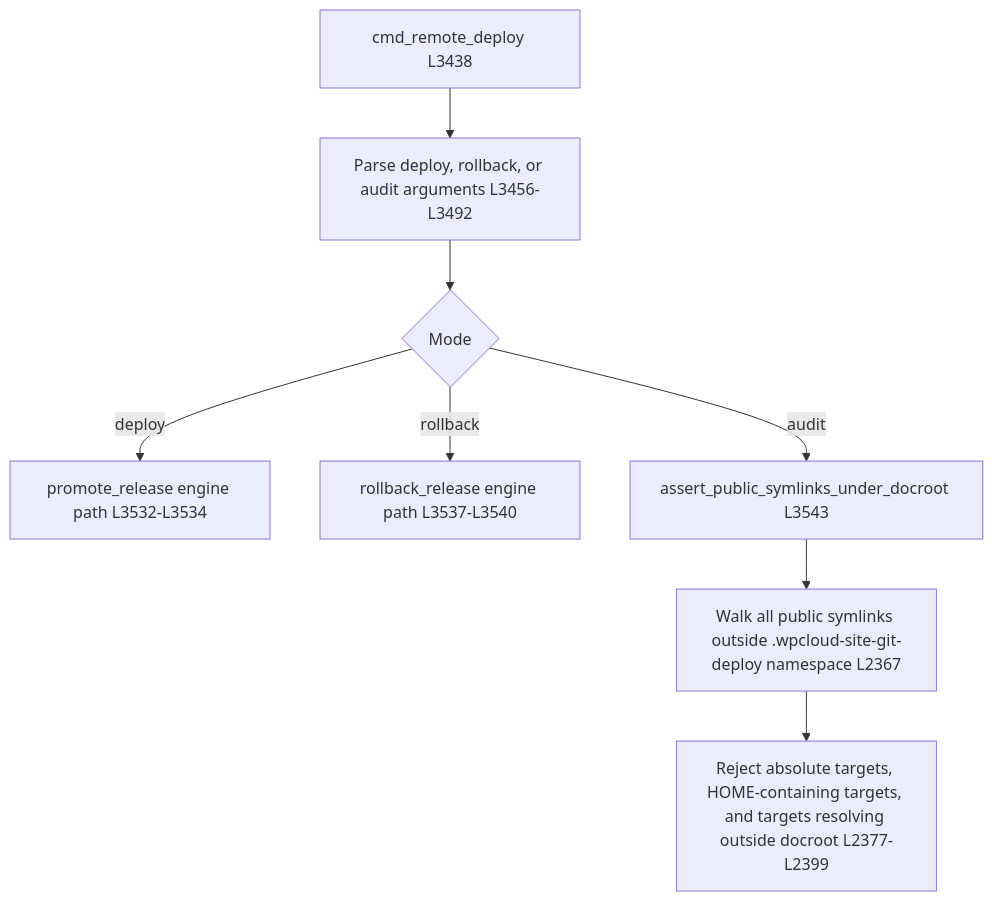
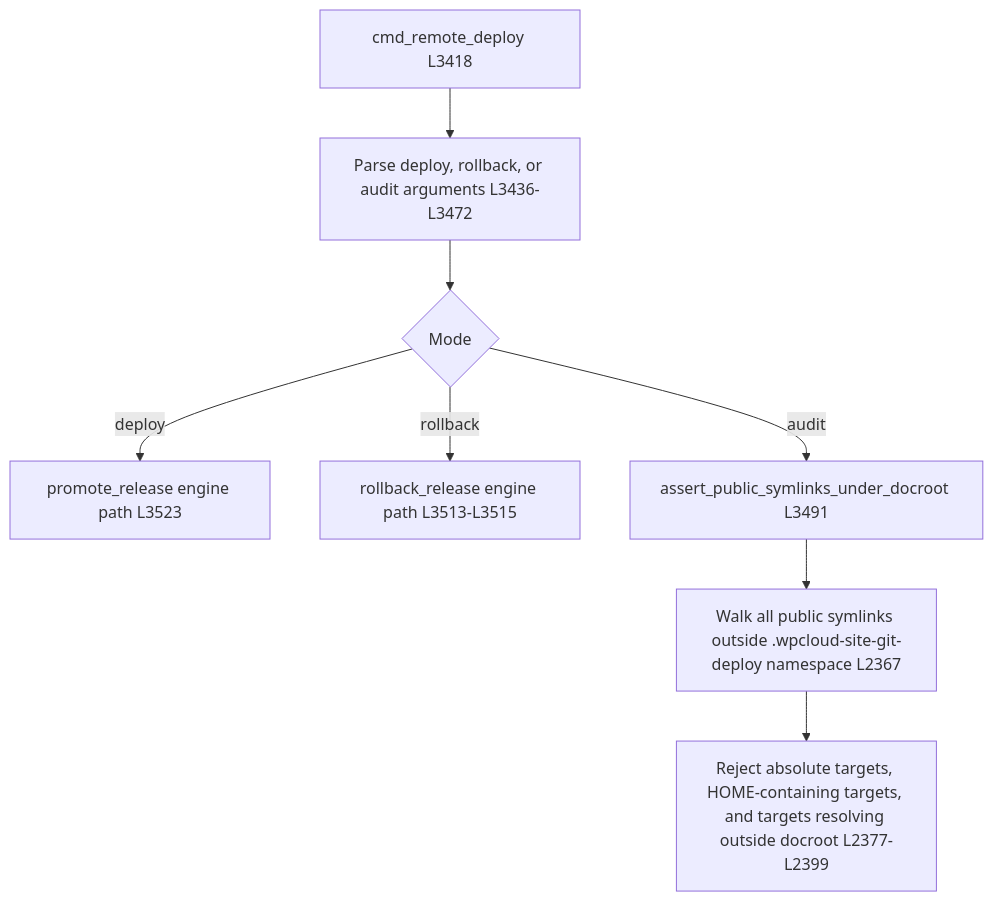
One commit to aipokalyptik/wpcloud-site-git-deploy changed diagram 13 of 13 in docs/code-flow.md. Above: the diagram before and after it, drawn with Mermaid. The commit also changed other lines of this file and 5 other files, not shown here.

````diff
--- a/docs/code-flow.md
+++ b/docs/code-flow.md
@@ -421,11 +421,11 @@
 ```mermaid
 flowchart TD
-  HIDDEN["cmd_remote_deploy L3438"] --> PARSE["Parse deploy, rollback, or audit arguments L3456-L3492"]
+  HIDDEN["cmd_remote_deploy L3418"] --> PARSE["Parse deploy, rollback, or audit arguments L3436-L3472"]
   PARSE --> MODE{"Mode"}
-  MODE -->|deploy| PROMOTE["promote_release engine path L3532-L3534"]
-  MODE -->|rollback| ROLLBACK["rollback_release engine path L3537-L3540"]
-  MODE -->|audit| AUDIT["assert_public_symlinks_under_docroot L3543"]
+  MODE -->|deploy| PROMOTE["promote_release engine path L3523"]
+  MODE -->|rollback| ROLLBACK["rollback_release engine path L3513-L3515"]
+  MODE -->|audit| AUDIT["assert_public_symlinks_under_docroot L3491"]
 
   AUDIT --> A1["Walk all public symlinks outside .wpcloud-site-git-deploy namespace L2367"]
   A1 --> A2["Reject absolute targets, HOME-containing targets, and targets resolving outside docroot L2377-L2399"]
 ```
````
